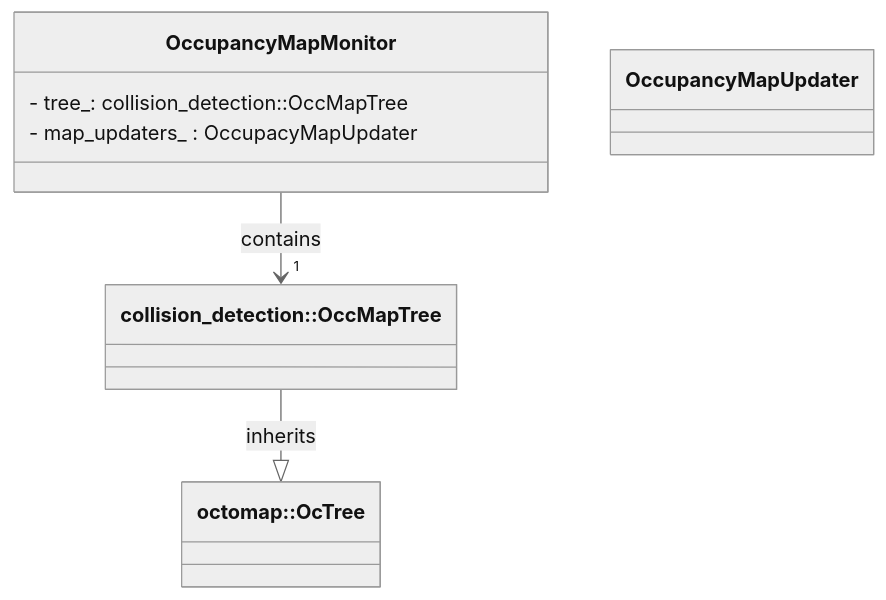
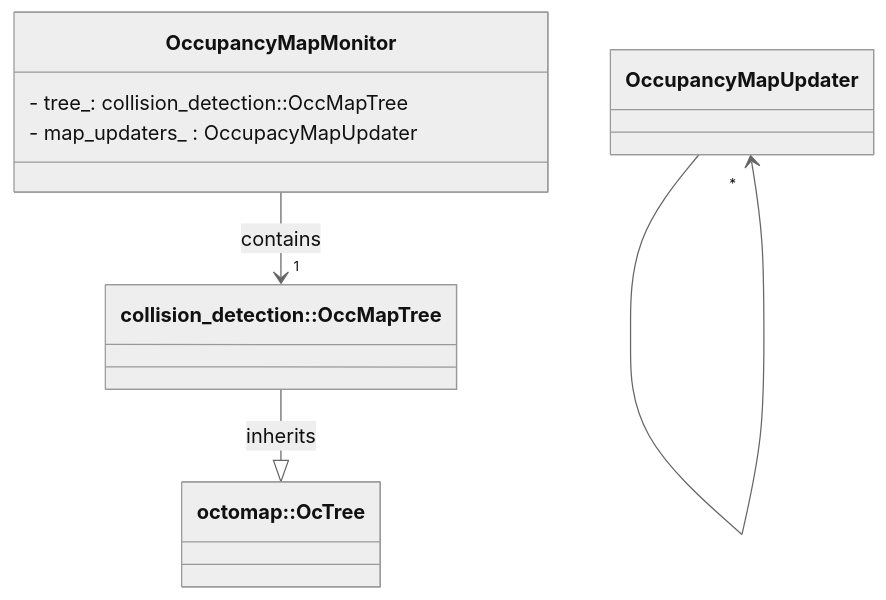
One commit to rafaelrojasmiliani/moveit_tutorial changed the second of 2 diagrams in 02_planning_scene/src/d_octomap_monitor/readme.md. Above: the diagram before and after it, drawn with Mermaid (neutral theme).

````diff
--- a/02_planning_scene/src/d_octomap_monitor/readme.md
+++ b/02_planning_scene/src/d_octomap_monitor/readme.md
@@ -54,15 +54,15 @@
 ```mermaid
 classDiagram
     class OccupancyMapMonitor {
         - tree_: collision_detection::OccMapTree
         - map_updaters_ : OccupacyMapUpdater
     }
     class `collision_detection::OccMapTree`
     class `octomap::OcTree`
     class OccupancyMapUpdater
 
     OccupancyMapMonitor --> "1" `collision_detection::OccMapTree`: contains
 
-    OccupancyMapUpdater
+    OccupancyMapUpdater --> "*" OccupancyMapUpdater
 	`collision_detection::OccMapTree`--|> `octomap::OcTree` : inherits
 ```
````
